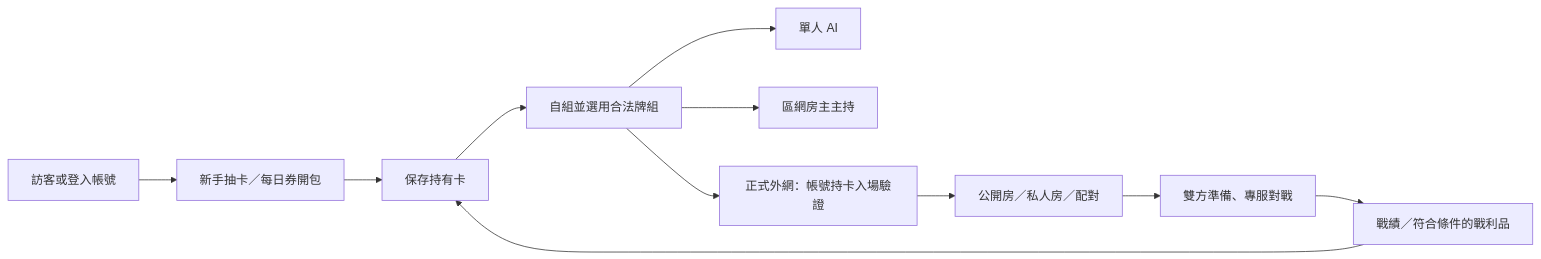
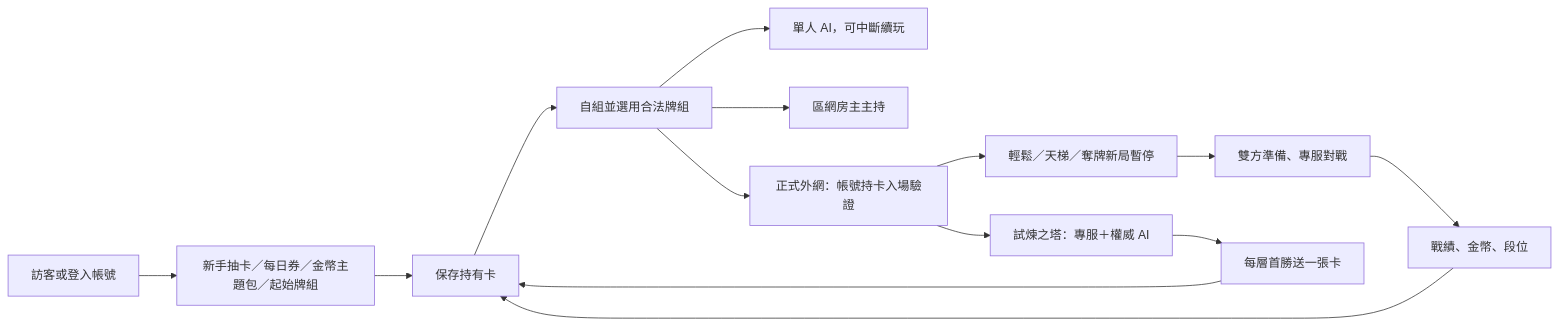
One commit to wuharry/obsidian-notes changed the diagram in Notion/HD-2D 卡牌對戰 (暫定) - 遊戲設計文件 v2.0.md. Above: the diagram before and after it, drawn with Mermaid. The commit also changed other lines of this file, not shown here.

````diff
--- a/Notion/HD-2D 卡牌對戰 (暫定) - 遊戲設計文件 v2.0.md
+++ b/Notion/HD-2D 卡牌對戰 (暫定) - 遊戲設計文件 v2.0.md
@@ -157,13 +169,16 @@
 ```mermaid
 flowchart LR
-    Identity[訪客或登入帳號] --> Cards[新手抽卡／每日券開包]
+    Identity[訪客或登入帳號] --> Cards[新手抽卡／每日券／金幣主題包／起始牌組]
     Cards --> Collection[保存持有卡]
     Collection --> Deck[自組並選用合法牌組]
-    Deck --> AI[單人 AI]
+    Deck --> AI[單人 AI，可中斷續玩]
     Deck --> LAN[區網房主主持]
     Deck --> Auth[正式外網：帳號持卡入場驗證]
-    Auth --> Lobby[公開房／私人房／配對]
+    Auth --> Lobby[輕鬆／天梯／奪牌新局暫停]
+    Auth --> Tower[試煉之塔：專服＋權威 AI]
     Lobby --> Battle[雙方準備、專服對戰]
-    Battle --> Results[戰績／符合條件的戰利品]
+    Battle --> Results[戰績、金幣、段位]
+    Tower --> FirstClear[每層首勝送一張卡]
     Results --> Collection
+    FirstClear --> Collection
 ```
````
